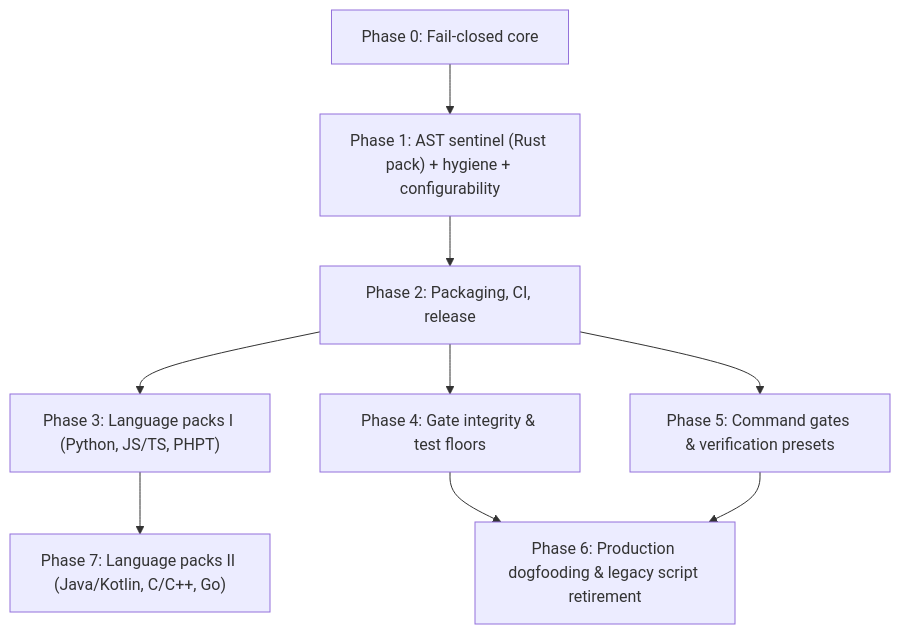
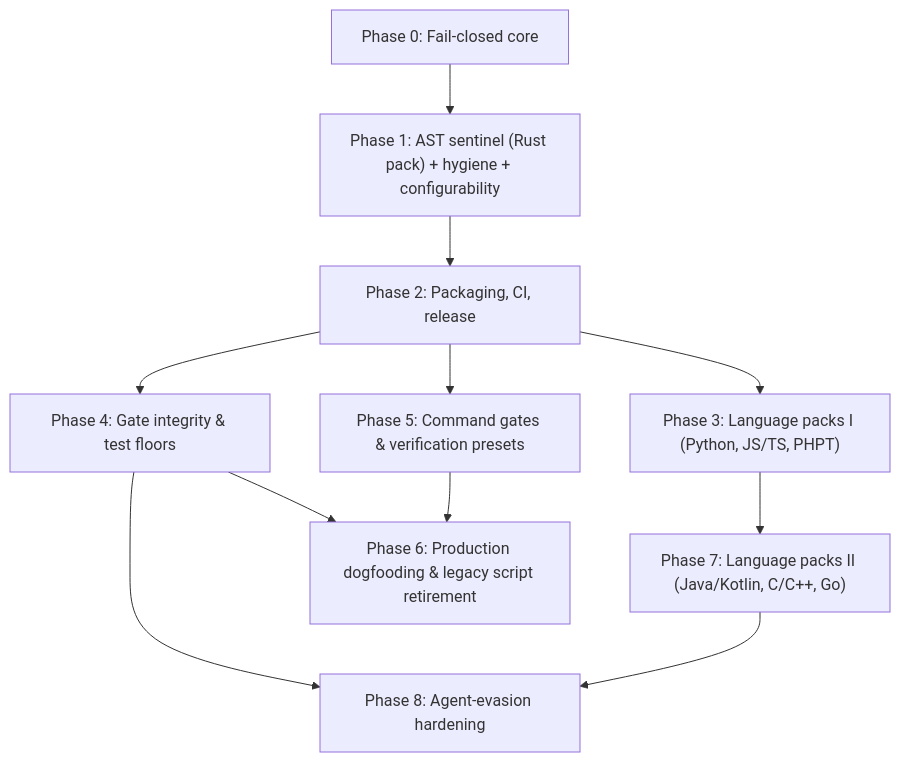
Before and after one commit to actions-marketplace-validations/orieg_discipline: the diagram in docs/ROADMAP.md, drawn with Mermaid. The commit also changed other lines of this file and 32 other files, not shown here.

````diff
--- a/docs/ROADMAP.md
+++ b/docs/ROADMAP.md
@@ -17,11 +17,13 @@
 ```mermaid
 flowchart TD
     P0["Phase 0: Fail-closed core"] --> P1["Phase 1: AST sentinel (Rust pack) + hygiene + configurability"]
     P1 --> P2["Phase 2: Packaging, CI, release"]
     P2 --> P3["Phase 3: Language packs I (Python, JS/TS, PHPT)"]
     P2 --> P4["Phase 4: Gate integrity & test floors"]
     P2 --> P5["Phase 5: Command gates & verification presets"]
     P3 --> P7["Phase 7: Language packs II (Java/Kotlin, C/C++, Go)"]
     P4 --> P6["Phase 6: Production dogfooding & legacy script retirement"]
     P5 --> P6
+    P4 --> P8["Phase 8: Agent-evasion hardening"]
+    P7 --> P8
 ```
````
